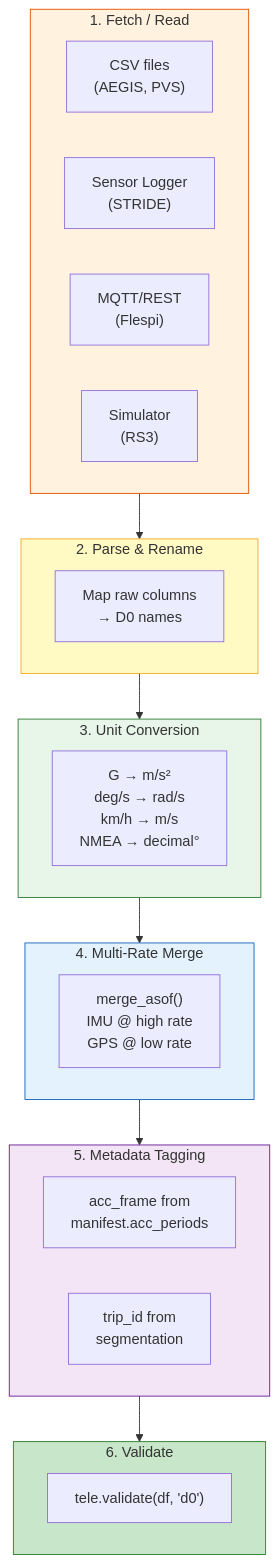
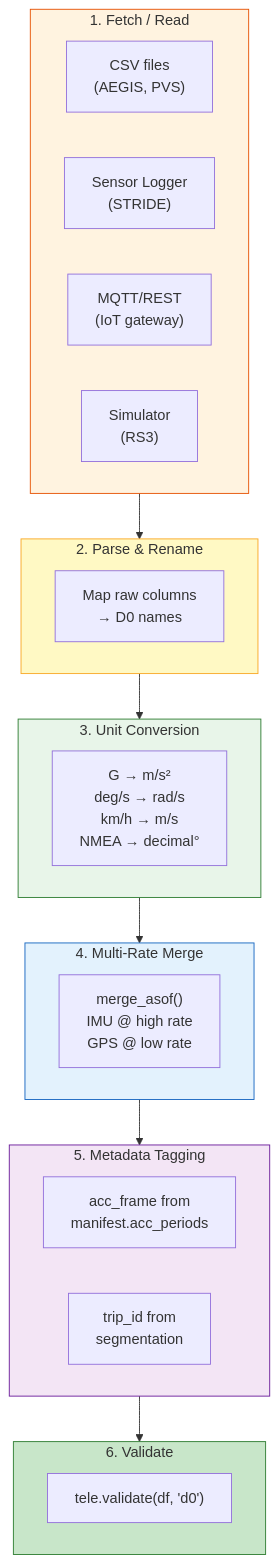
Before and after one commit to telemachus3/telemachus: the third of 5 diagrams in spec/SPEC-03-adapters-validation.md, drawn with Mermaid. The commit also changed other lines of this file and 4 other files, not shown here.

````diff
--- a/spec/SPEC-03-adapters-validation.md
+++ b/spec/SPEC-03-adapters-validation.md
@@ -130,39 +130,39 @@
 ```mermaid
 graph TD
     subgraph FETCH["1. Fetch / Read"]
         CSV["CSV files\n(AEGIS, PVS)"]
         SENSOR["Sensor Logger\n(STRIDE)"]
-        MQTT["MQTT/REST\n(Flespi)"]
+        MQTT["MQTT/REST\n(IoT gateway)"]
         SIM["Simulator\n(RS3)"]
     end
 
     subgraph PARSE["2. Parse & Rename"]
         COL["Map raw columns\n→ D0 names"]
     end
 
     subgraph CONVERT["3. Unit Conversion"]
         UNITS["G → m/s²\ndeg/s → rad/s\nkm/h → m/s\nNMEA → decimal°"]
     end
 
     subgraph MERGE["4. Multi-Rate Merge"]
         ASOF["merge_asof()\nIMU @ high rate\nGPS @ low rate"]
     end
 
     subgraph TAG["5. Metadata Tagging"]
         FRAME["acc_frame from\nmanifest.acc_periods"]
         TRIP["trip_id from\nsegmentation"]
     end
 
     subgraph VALIDATE["6. Validate"]
         CHECK["tele.validate(df, 'd0')"]
     end
 
     FETCH --> PARSE --> CONVERT --> MERGE --> TAG --> VALIDATE
 
     style FETCH fill:#fff3e0,stroke:#e65100
     style PARSE fill:#fff9c4,stroke:#f9a825
     style CONVERT fill:#e8f5e9,stroke:#2e7d32
     style MERGE fill:#e3f2fd,stroke:#1565c0
     style TAG fill:#f3e5f5,stroke:#6a1b9a
     style VALIDATE fill:#c8e6c9,stroke:#2e7d32
 ```
````
